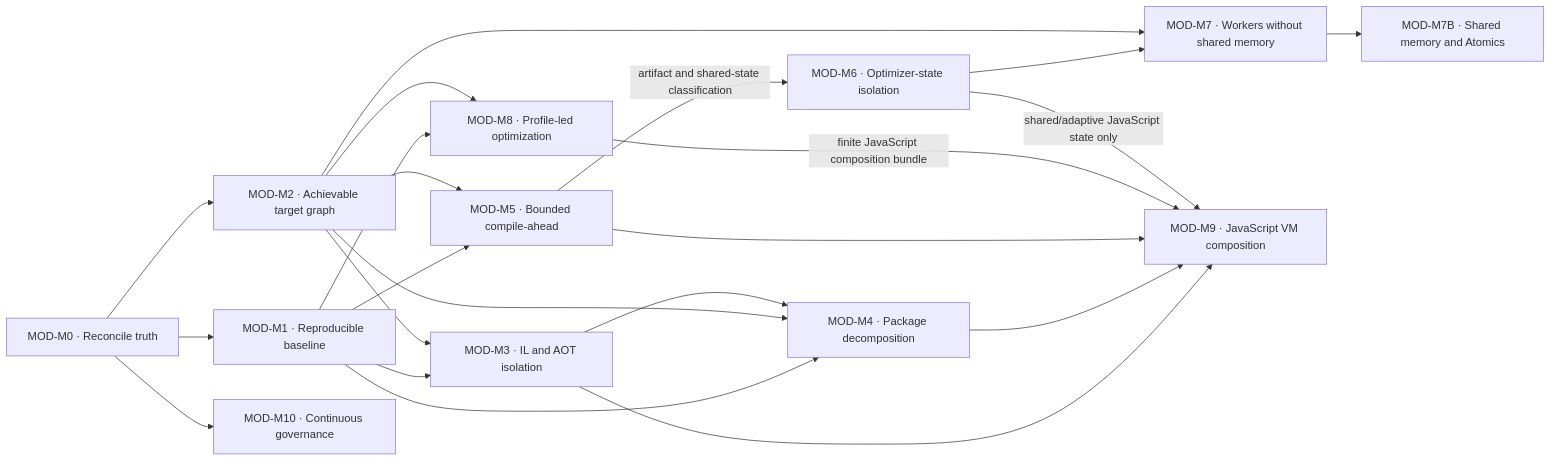
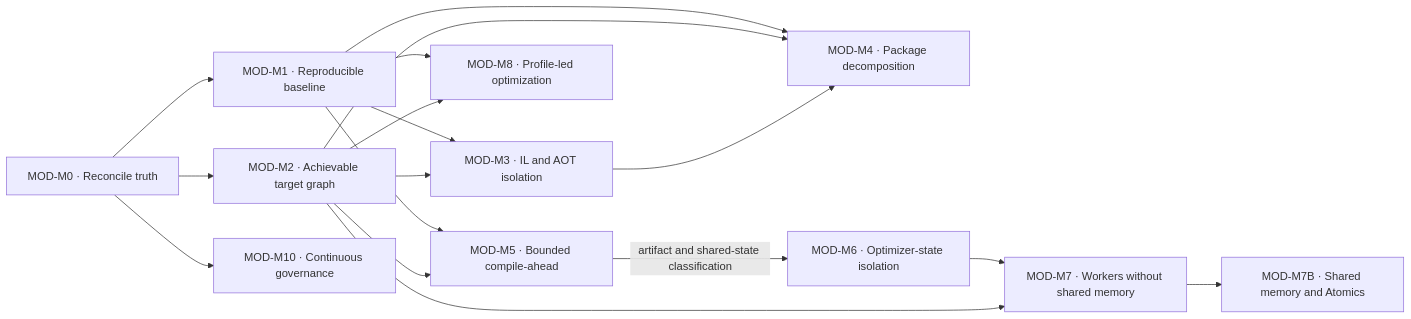
Before and after one commit to Broiler-Platform/Broiler.JS: the diagram in docs/roadmap/Modernization.md, drawn with Mermaid. The commit also changed other lines of this file and 19 other files, not shown here.

````diff
--- a/docs/roadmap/Modernization.md
+++ b/docs/roadmap/Modernization.md
@@ -144,37 +140,31 @@
 ```mermaid
 flowchart LR
     MOD_M0["MOD-M0 · Reconcile truth"]
     MOD_M1["MOD-M1 · Reproducible baseline"]
     MOD_M2["MOD-M2 · Achievable target graph"]
     MOD_M3["MOD-M3 · IL and AOT isolation"]
     MOD_M4["MOD-M4 · Package decomposition"]
     MOD_M5["MOD-M5 · Bounded compile-ahead"]
     MOD_M6["MOD-M6 · Optimizer-state isolation"]
     MOD_M7["MOD-M7 · Workers without shared memory"]
     MOD_M7B["MOD-M7B · Shared memory and Atomics"]
     MOD_M8["MOD-M8 · Profile-led optimization"]
-    MOD_M9["MOD-M9 · JavaScript VM composition"]
     MOD_M10["MOD-M10 · Continuous governance"]
 
     MOD_M0 --> MOD_M1
     MOD_M0 --> MOD_M2
     MOD_M1 --> MOD_M3
     MOD_M2 --> MOD_M3
     MOD_M1 --> MOD_M4
     MOD_M2 --> MOD_M4
     MOD_M3 --> MOD_M4
     MOD_M1 --> MOD_M5
     MOD_M2 --> MOD_M5
     MOD_M5 -->|"artifact and shared-state classification"| MOD_M6
     MOD_M6 --> MOD_M7
     MOD_M2 --> MOD_M7
     MOD_M7 --> MOD_M7B
     MOD_M1 --> MOD_M8
     MOD_M2 --> MOD_M8
-    MOD_M3 --> MOD_M9
-    MOD_M4 --> MOD_M9
-    MOD_M5 --> MOD_M9
-    MOD_M8 -->|"finite JavaScript composition bundle"| MOD_M9
-    MOD_M6 -->|"shared/adaptive JavaScript state only"| MOD_M9
     MOD_M0 --> MOD_M10
 ```
````
